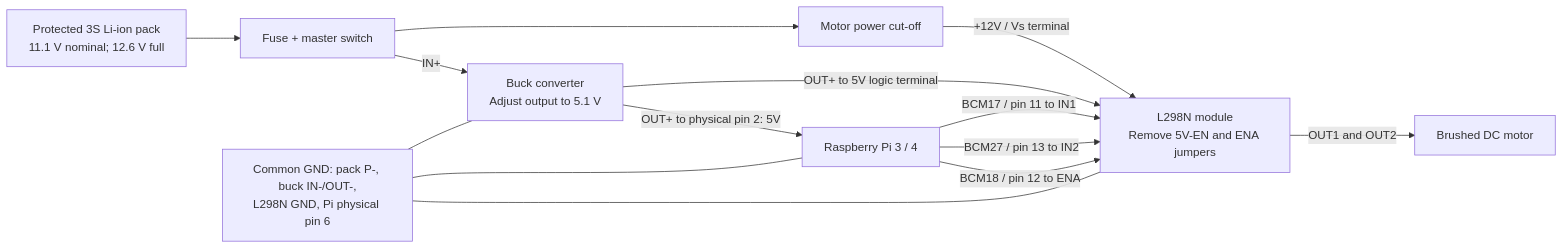
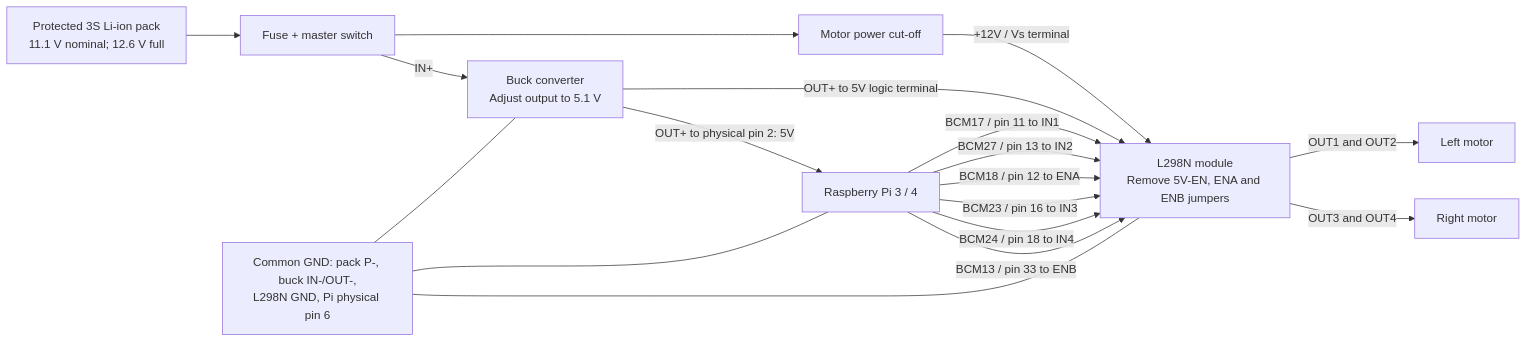
The diagram in README.md (Charanmakkar/minor-project-iits), drawn with Mermaid before and after one commit. The commit also changed other lines of this file and 8 other files, not shown here.

````diff
--- a/README.md
+++ b/README.md
@@ -21,17 +79,21 @@
 ```mermaid
 flowchart LR
     PACK["Protected 3S Li-ion pack\n11.1 V nominal; 12.6 V full"] --> FUSE["Fuse + master switch"]
     FUSE --> CUT["Motor power cut-off"]
-    CUT -->|"+12V / Vs terminal"| DRIVER["L298N module\nRemove 5V-EN and ENA jumpers"]
+    CUT -->|"+12V / Vs terminal"| DRIVER["L298N module\nRemove 5V-EN, ENA and ENB jumpers"]
     FUSE -->|"IN+"| BUCK["Buck converter\nAdjust output to 5.1 V"]
     BUCK -->|"OUT+ to physical pin 2: 5V"| PI["Raspberry Pi 3 / 4"]
     BUCK -->|"OUT+ to 5V logic terminal"| DRIVER
     PI -->|"BCM17 / pin 11 to IN1"| DRIVER
     PI -->|"BCM27 / pin 13 to IN2"| DRIVER
     PI -->|"BCM18 / pin 12 to ENA"| DRIVER
-    DRIVER -->|"OUT1 and OUT2"| MOTOR["Brushed DC motor"]
+    PI -->|"BCM23 / pin 16 to IN3"| DRIVER
+    PI -->|"BCM24 / pin 18 to IN4"| DRIVER
+    PI -->|"BCM13 / pin 33 to ENB"| DRIVER
+    DRIVER -->|"OUT1 and OUT2"| LEFT["Left motor"]
+    DRIVER -->|"OUT3 and OUT4"| RIGHT["Right motor"]
     GND["Common GND: pack P-, buck IN-/OUT-,\nL298N GND, Pi physical pin 6"]
     GND --- PI
     GND --- DRIVER
     GND --- BUCK
 ```
````
